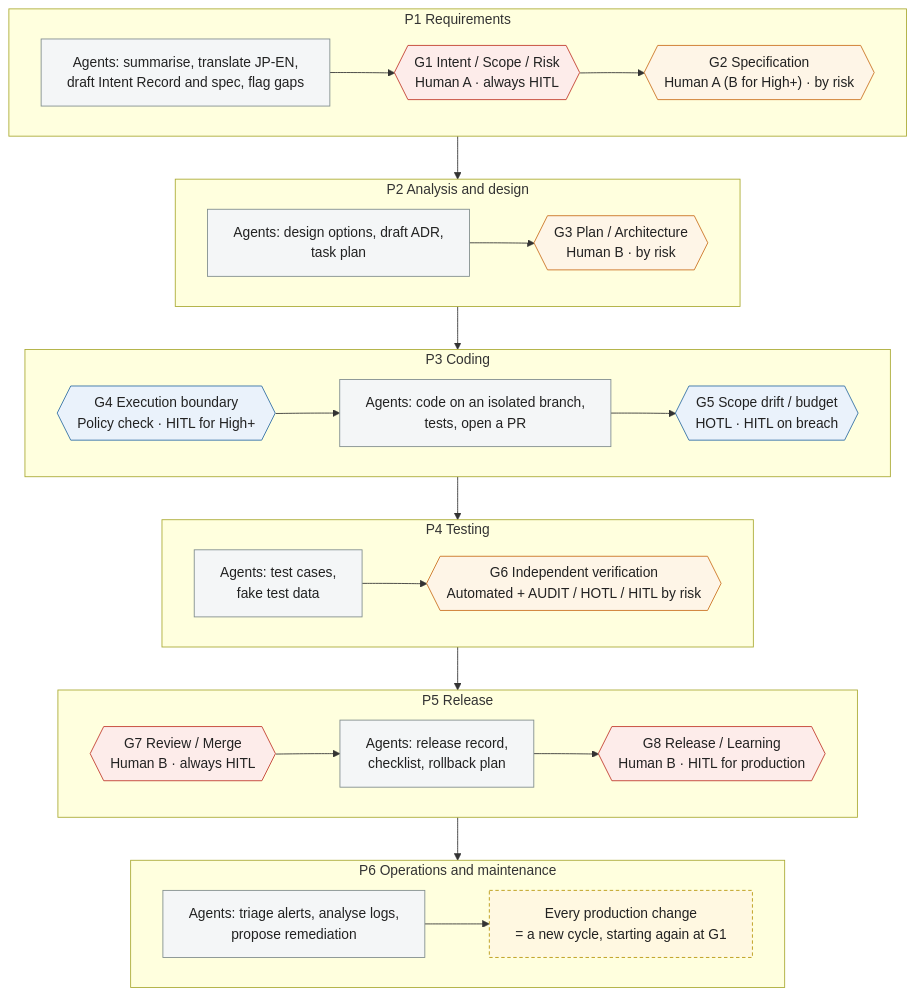
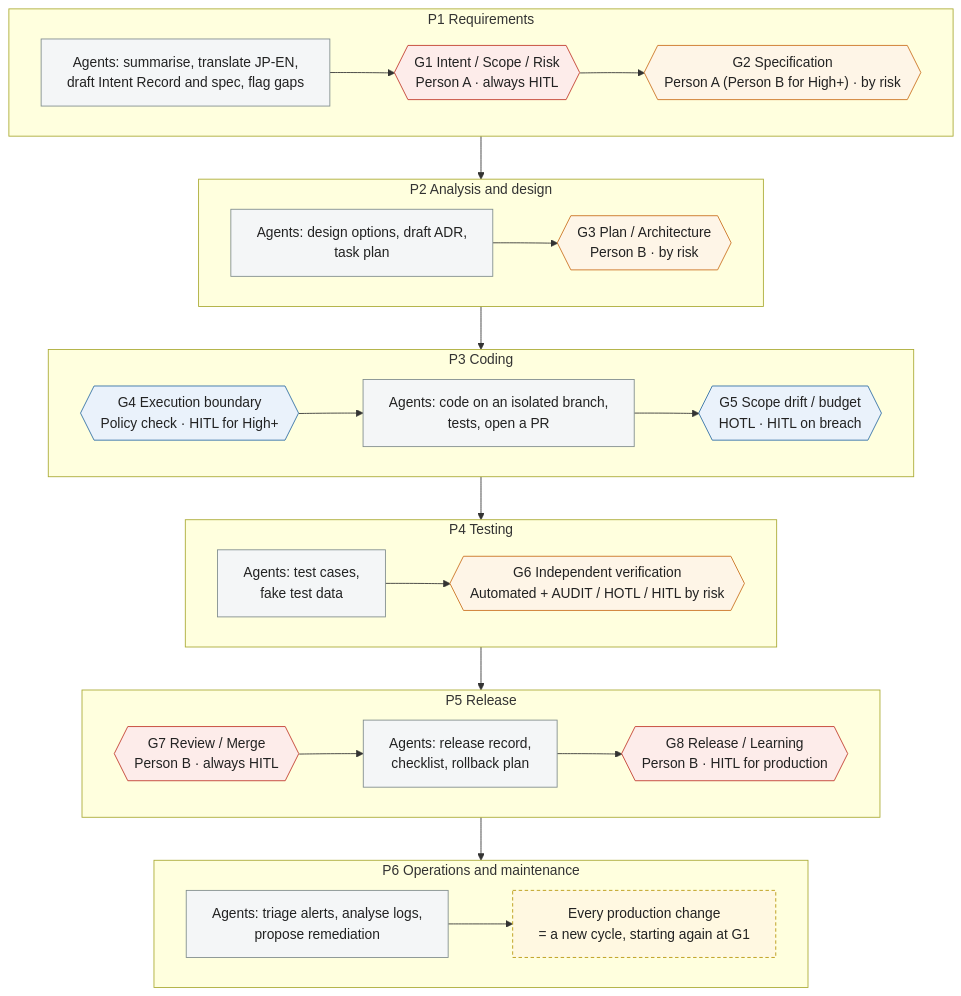
One commit to hoanghainh1188/agentic-sdlc-framework changed the diagram in diagrams/src/d1-overview-6-phases.mmd. Above: the diagram before and after it, drawn with Mermaid. The commit also changed 20 other files, not shown here.

```diff
--- a/diagrams/src/d1-overview-6-phases.mmd
+++ b/diagrams/src/d1-overview-6-phases.mmd
@@ -1,53 +1,53 @@
 %%{init: {"flowchart": {"wrappingWidth": 340}}}%%
 flowchart TB
     subgraph P1["P1 Requirements"]
         direction LR
         A1["Agents: summarise, translate JP-EN,<br/>draft Intent Record and spec, flag gaps"]
-        G1{{"G1 Intent / Scope / Risk<br/>Human A · always HITL"}}
-        G2{{"G2 Specification<br/>Human A (B for High+) · by risk"}}
+        G1{{"G1 Intent / Scope / Risk<br/>Person A · always HITL"}}
+        G2{{"G2 Specification<br/>Person A (Person B for High+) · by risk"}}
         A1 --> G1 --> G2
     end
     subgraph P2["P2 Analysis and design"]
         direction LR
         A2["Agents: design options, draft ADR,<br/>task plan"]
-        G3{{"G3 Plan / Architecture<br/>Human B · by risk"}}
+        G3{{"G3 Plan / Architecture<br/>Person B · by risk"}}
         A2 --> G3
     end
     subgraph P3["P3 Coding"]
         direction LR
         G4{{"G4 Execution boundary<br/>Policy check · HITL for High+"}}
         A3["Agents: code on an isolated branch,<br/>tests, open a PR"]
         G5{{"G5 Scope drift / budget<br/>HOTL · HITL on breach"}}
         G4 --> A3 --> G5
     end
     subgraph P4["P4 Testing"]
         direction LR
         A4["Agents: test cases,<br/>fake test data"]
         G6{{"G6 Independent verification<br/>Automated + AUDIT / HOTL / HITL by risk"}}
         A4 --> G6
     end
     subgraph P5["P5 Release"]
         direction LR
-        G7{{"G7 Review / Merge<br/>Human B · always HITL"}}
+        G7{{"G7 Review / Merge<br/>Person B · always HITL"}}
         A5["Agents: release record,<br/>checklist, rollback plan"]
-        G8{{"G8 Release / Learning<br/>Human B · HITL for production"}}
+        G8{{"G8 Release / Learning<br/>Person B · HITL for production"}}
         G7 --> A5 --> G8
     end
     subgraph P6["P6 Operations and maintenance"]
         direction LR
         A6["Agents: triage alerts, analyse logs,<br/>propose remediation"]
         N6["Every production change<br/>= a new cycle, starting again at G1"]
         A6 --> N6
     end
     P1 --> P2 --> P3 --> P4 --> P5 --> P6
 
     classDef hitl fill:#FDECEA,stroke:#C0392B,color:#222
     classDef risk fill:#FEF5E7,stroke:#CA6F1E,color:#222
     classDef auto fill:#EAF2FB,stroke:#2E6DA4,color:#222
     classDef ai fill:#F4F6F7,stroke:#7F8C8D,color:#222
     classDef note fill:#FFF8E1,stroke:#B7950B,color:#222,stroke-dasharray: 4 3
     class G1,G7,G8 hitl
     class G2,G3,G6 risk
     class G4,G5 auto
     class A1,A2,A3,A4,A5,A6 ai
     class N6 note
```
